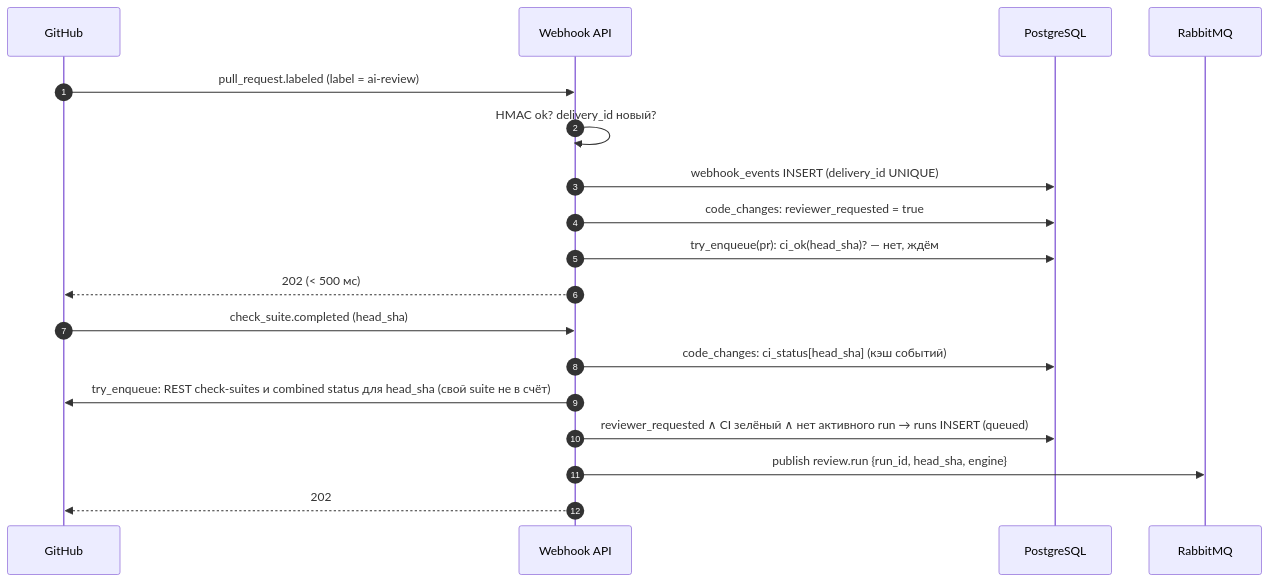
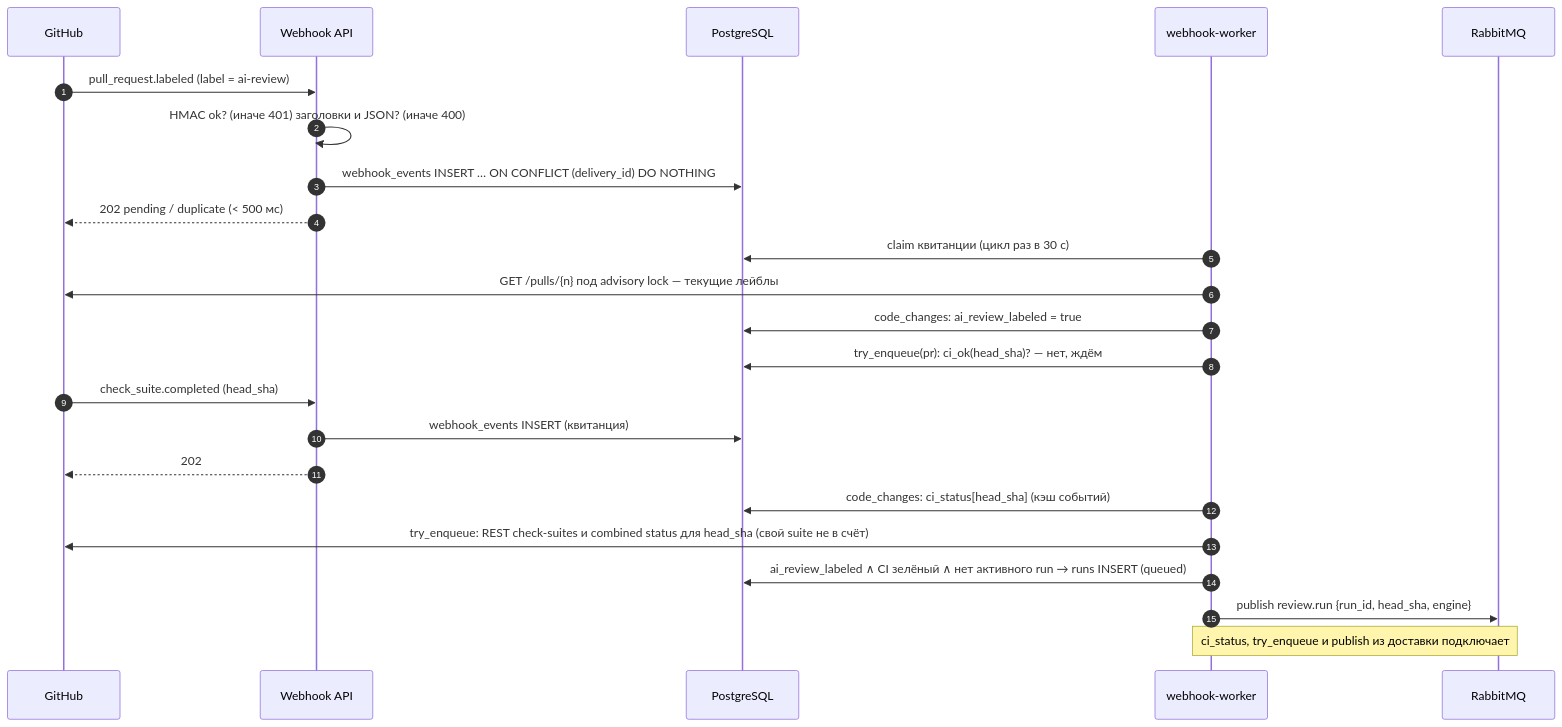
The fourth of 13 diagrams in docs/SYSTEM_DESIGN.md (larchanka-training/dmc-268-api-t6), drawn with Mermaid before and after one commit. The commit also changed other lines of this file and 13 other files, not shown here.

````diff
--- a/docs/SYSTEM_DESIGN.md
+++ b/docs/SYSTEM_DESIGN.md
@@ -220,22 +226,27 @@
 ```mermaid
 sequenceDiagram
   autonumber
   participant GH as GitHub
   participant WH as Webhook API
   participant PG as PostgreSQL
+  participant WW as webhook-worker
   participant MQ as RabbitMQ
 
   GH->>WH: pull_request.labeled (label = ai-review)
-  WH->>WH: HMAC ok? delivery_id новый?
-  WH->>PG: webhook_events INSERT (delivery_id UNIQUE)
-  WH->>PG: code_changes: reviewer_requested = true
-  WH->>PG: try_enqueue(pr): ci_ok(head_sha)? — нет, ждём
-  WH-->>GH: 202 (< 500 мс)
+  WH->>WH: HMAC ok? (иначе 401) заголовки и JSON? (иначе 400)
+  WH->>PG: webhook_events INSERT … ON CONFLICT (delivery_id) DO NOTHING
+  WH-->>GH: 202 pending / duplicate (< 500 мс)
+  WW->>PG: claim квитанции (цикл раз в 30 с)
+  WW->>GH: GET /pulls/{n} под advisory lock — текущие лейблы
+  WW->>PG: code_changes: ai_review_labeled = true
+  WW->>PG: try_enqueue(pr): ci_ok(head_sha)? — нет, ждём
 
   GH->>WH: check_suite.completed (head_sha)
-  WH->>PG: code_changes: ci_status[head_sha] (кэш событий)
-  WH->>GH: try_enqueue: REST check-suites и combined status для head_sha (свой suite не в счёт)
-  WH->>PG: reviewer_requested ∧ CI зелёный ∧ нет активного run → runs INSERT (queued)
-  WH->>MQ: publish review.run {run_id, head_sha, engine}
+  WH->>PG: webhook_events INSERT (квитанция)
   WH-->>GH: 202
+  WW->>PG: code_changes: ci_status[head_sha] (кэш событий)
+  WW->>GH: try_enqueue: REST check-suites и combined status для head_sha (свой suite не в счёт)
+  WW->>PG: ai_review_labeled ∧ CI зелёный ∧ нет активного run → runs INSERT (queued)
+  WW->>MQ: publish review.run {run_id, head_sha, engine}
+  Note over WW,MQ: ci_status, try_enqueue и publish из доставки подключает #52
 ```
````
